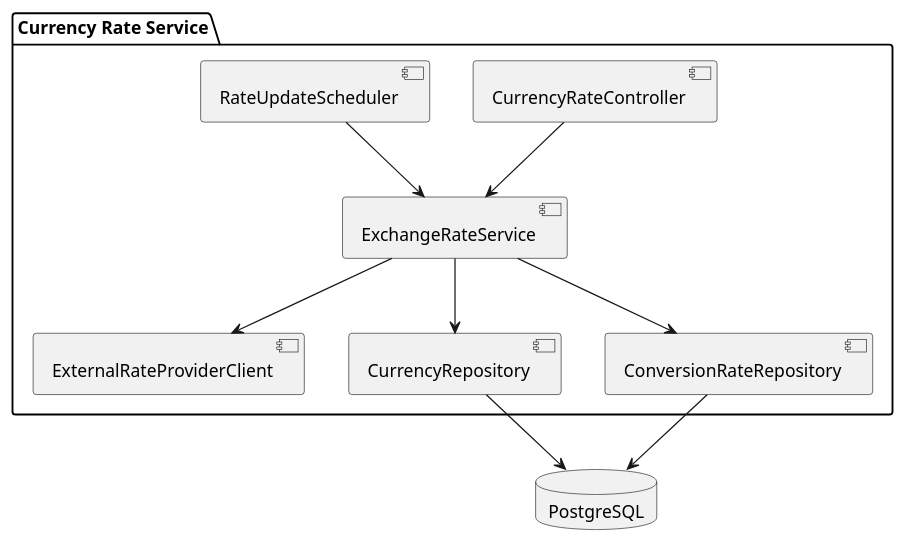
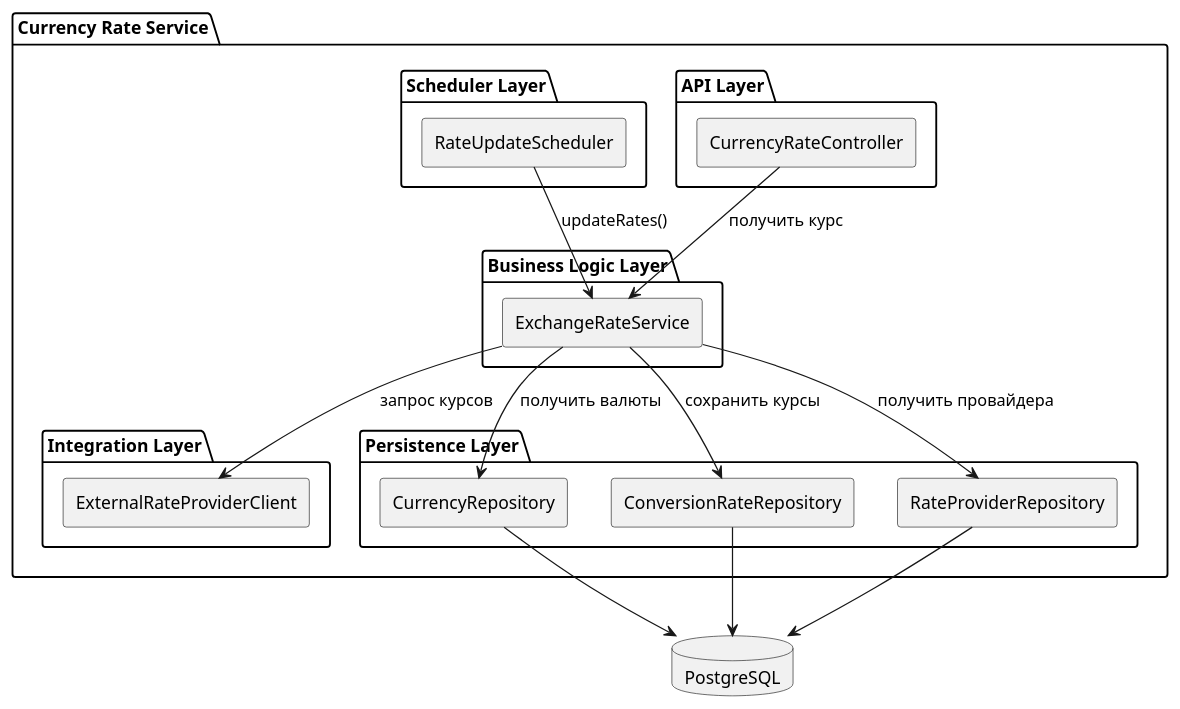
The diagram in currencyRateService/docs/component.puml (ArtemGuschin/paymentsystem), drawn with PlantUML before and after one commit. The commit also changed 55 other files, not shown here.

```diff
--- a/currencyRateService/docs/component.puml
+++ b/currencyRateService/docs/component.puml
@@ -1,35 +1,51 @@
 @startuml
+
+skinparam componentStyle rectangle
 
 package "Currency Rate Service" {
 
-  [CurrencyRateController]
+  package "API Layer" {
+      [CurrencyRateController]
+  }
 
-  [ExchangeRateService]
+  package "Scheduler Layer" {
+      [RateUpdateScheduler]
+  }
 
-  [RateUpdateScheduler]
+  package "Business Logic Layer" {
+      [ExchangeRateService]
+  }
 
-  [ExternalRateProviderClient]
+  package "Integration Layer" {
+      [ExternalRateProviderClient]
+  }
 
-  [CurrencyRepository]
-
-  [ConversionRateRepository]
+  package "Persistence Layer" {
+      [CurrencyRepository]
+      [ConversionRateRepository]
+      [RateProviderRepository]
+  }
 
 }
 
 database "PostgreSQL"
 
-[CurrencyRateController] --> [ExchangeRateService]
+[CurrencyRateController] --> [ExchangeRateService] : получить курс
 
-[RateUpdateScheduler] --> [ExchangeRateService]
+[RateUpdateScheduler] --> [ExchangeRateService] : updateRates()
 
-[ExchangeRateService] --> [ExternalRateProviderClient]
+[ExchangeRateService] --> [ExternalRateProviderClient] : запрос курсов
 
-[ExchangeRateService] --> [CurrencyRepository]
+[ExchangeRateService] --> [CurrencyRepository] : получить валюты
 
-[ExchangeRateService] --> [ConversionRateRepository]
+[ExchangeRateService] --> [ConversionRateRepository] : сохранить курсы
+
+[ExchangeRateService] --> [RateProviderRepository] : получить провайдера
 
 [CurrencyRepository] --> "PostgreSQL"
 
 [ConversionRateRepository] --> "PostgreSQL"
 
+[RateProviderRepository] --> "PostgreSQL"
+
 @enduml
```
